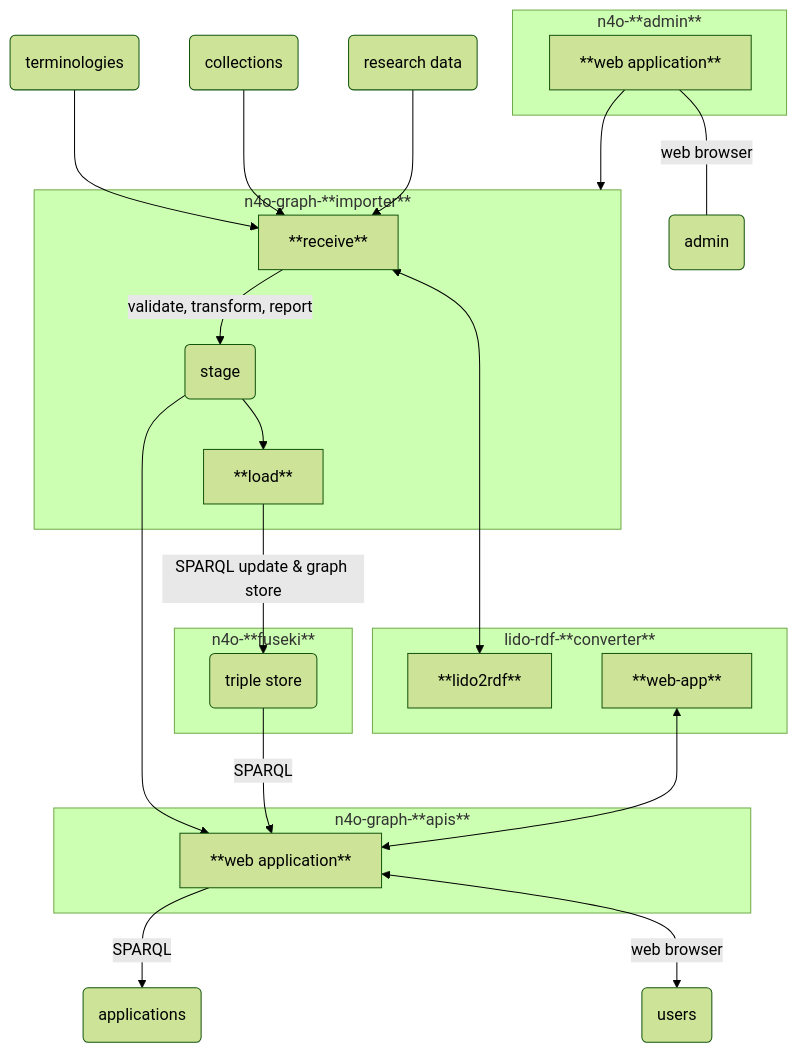
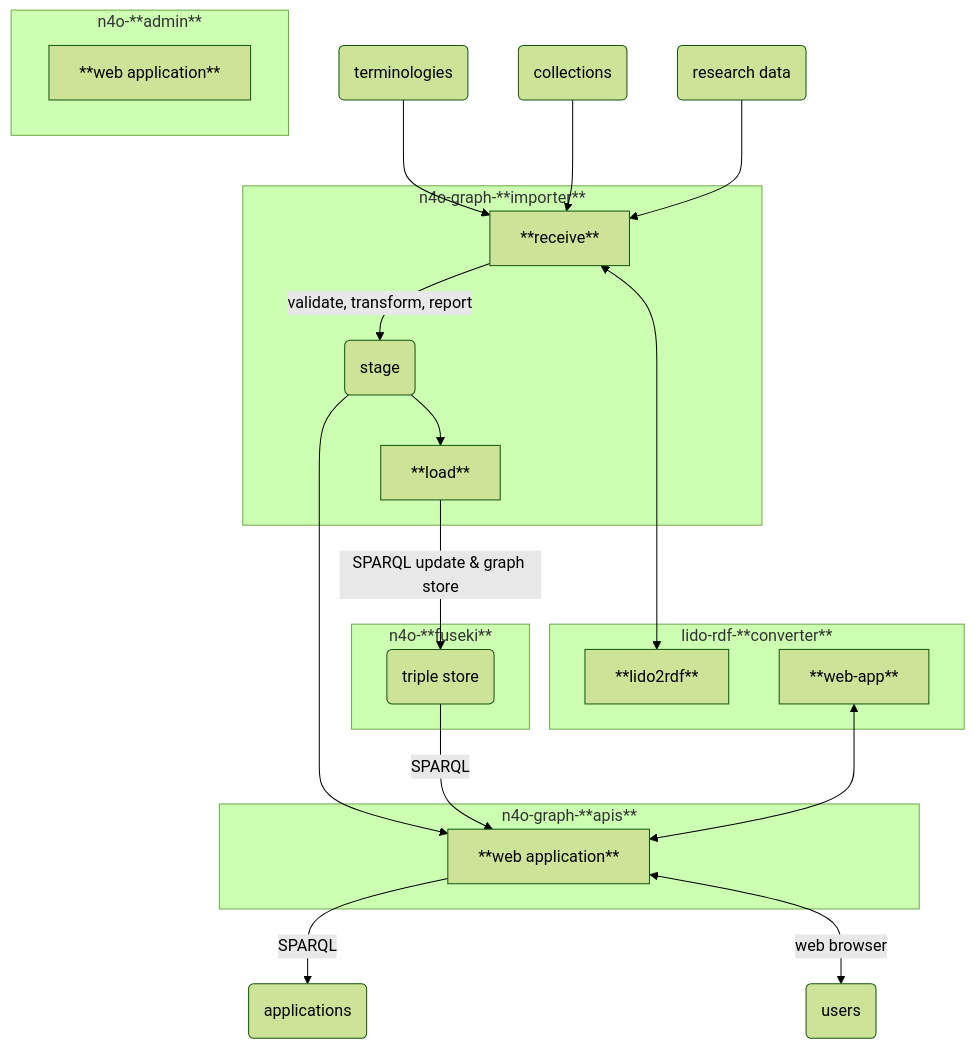
Before and after one commit to nfdi4objects/n4o-graph: the diagram in README.md, drawn with Mermaid (forest theme). The commit also changed other lines of this file, not shown here.

Commit message:
Remove reference to admin-ui

````diff
--- a/README.md
+++ b/README.md
@@ -17,41 +16,38 @@
 ```mermaid
 graph TD
     terminologies(terminologies) --> receive
     collections(collections) --> receive
     data(research data) --> receive
     stage(stage)
 
     subgraph importer ["n4o-graph-**importer**"]
         receive[**receive**]
         receive -- validate, transform, report --> stage
         stage --> load
         load[**load**]
-
     end
     subgraph n4o-**admin**
       admin-ui[**web application**]
     end
-    admin-ui --> importer
-    admin-ui -- web browser --- admin(admin)
     subgraph "n4o-**fuseki**"
         kg(triple store)
     end
     subgraph "n4o-graph-**apis**"
         ui[**web application**]
     end
     subgraph "lido-rdf-**converter**"
         lido2rdf[**lido2rdf**]
         web-app[**web-app**]
     end
 
     stage --> ui
     kg -- SPARQL --> ui
     ui -- SPARQL --> apps(applications)
 
     receive <--> lido2rdf
     load -- SPARQL update & graph store --> kg
 
     web-app <--> ui
 
     ui <--web browser--> users(users)
 ```
````
